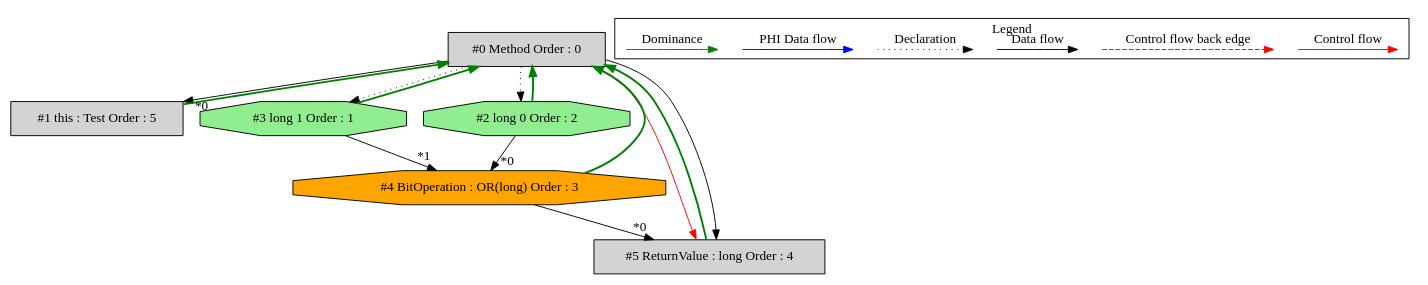
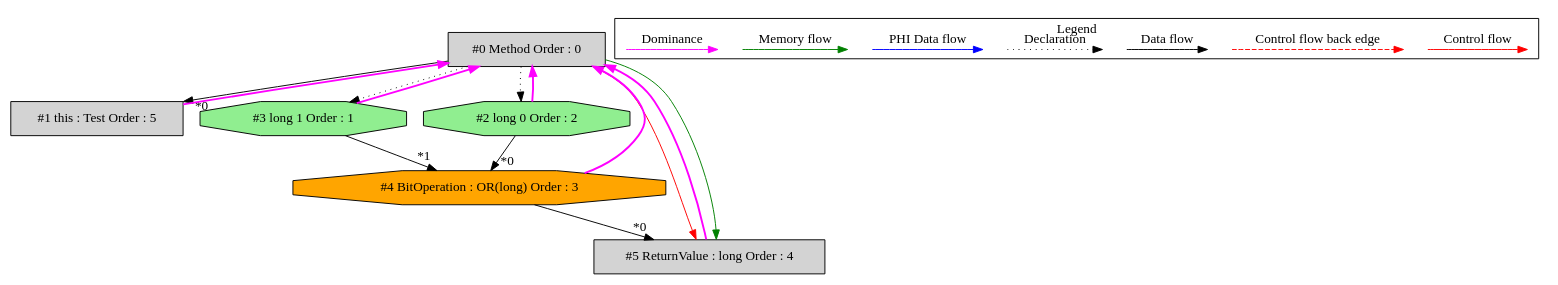
Before and after one commit to mirkosertic/MetaIR: the diagram in de.mirkosertic.metair.ir.OpcodeLORTest/test_LOR/ir_dominatortree.dot, drawn with Graphviz. The commit also changed 1502 other files, not shown here.

```diff
--- a/de.mirkosertic.metair.ir.OpcodeLORTest/test_LOR/ir_dominatortree.dot
+++ b/de.mirkosertic.metair.ir.OpcodeLORTest/test_LOR/ir_dominatortree.dot
@@ -1,48 +1,51 @@
 digraph debugoutput {
  ordering="in";
  node0[label="#0 Method Order : 0",shape=box, fillcolor=lightgrey, style=filled];
  node1[label="#1 this : Test Order : 5",shape=box, fillcolor=lightgrey, style=filled];
- node1 -> node0[dir="forward" color="green" penwidth="2"];
+ node1 -> node0[dir="forward" color="fuchsia" penwidth="2"];
  node0 -> node1[headlabel="*0", labeldistance=2];
  node2[label="#2 long 0 Order : 2",shape=octagon, fillcolor=lightgreen, style=filled];
- node2 -> node0[dir="forward" color="green" penwidth="2"];
+ node2 -> node0[dir="forward" color="fuchsia" penwidth="2"];
  node0 -> node2[style=dotted];
  node3[label="#3 long 1 Order : 1",shape=octagon, fillcolor=lightgreen, style=filled];
- node3 -> node0[dir="forward" color="green" penwidth="2"];
+ node3 -> node0[dir="forward" color="fuchsia" penwidth="2"];
  node0 -> node3[style=dotted];
  node4[label="#4 BitOperation : OR(long) Order : 3",shape=octagon, fillcolor=orange, style=filled];
- node4 -> node0[dir="forward" color="green" penwidth="2"];
+ node4 -> node0[dir="forward" color="fuchsia" penwidth="2"];
  node2 -> node4[headlabel="*0", labeldistance=2];
  node3 -> node4[headlabel="*1", labeldistance=2];
  node5[label="#5 ReturnValue : long Order : 4",shape=box, fillcolor=lightgrey, style=filled];
- node5 -> node0[dir="forward" color="green" penwidth="2"];
+ node5 -> node0[dir="forward" color="fuchsia" penwidth="2"];
  node4 -> node5[headlabel="*0", labeldistance=2];
  node0 -> node5[labeldistance=2, color=red, fontcolor=red];
- node0 -> node5;
+ node0 -> node5[labeldistance=2, color=green, constraint=false];
  subgraph cluster_000 {
   label = "Legend";
   node [shape=point]
   {
    rank=same;
    c0 [style = invis];
    c1 [style = invis];
    c2 [style = invis];
    c3 [style = invis];
    d0 [style = invis];
    d1 [style = invis];
    d2 [style = invis];
    d3 [style = invis];
    d4 [style = invis];
    d5 [style = invis];
    d6 [style = invis];
    d7 [style = invis];
+   d8 [style = invis];
+   d9 [style = invis];
   }
   c0 -> c1 [label="Control flow", style=solid, color=red]
   c2 -> c3 [label="Control flow back edge", style=dashed, color=red]
   d0 -> d1 [label="Data flow"]
   d2 -> d3 [label="Declaration", style=dotted]
   d4 -> d5 [label="PHI Data flow", color=blue]
-  d6 -> d7 [label="Dominance", color=green]
+  d6 -> d7 [label="Memory flow", color=green]
+  d8 -> d9 [label="Dominance", color=fuchsia, style=solid]
  }
 
 }
```
